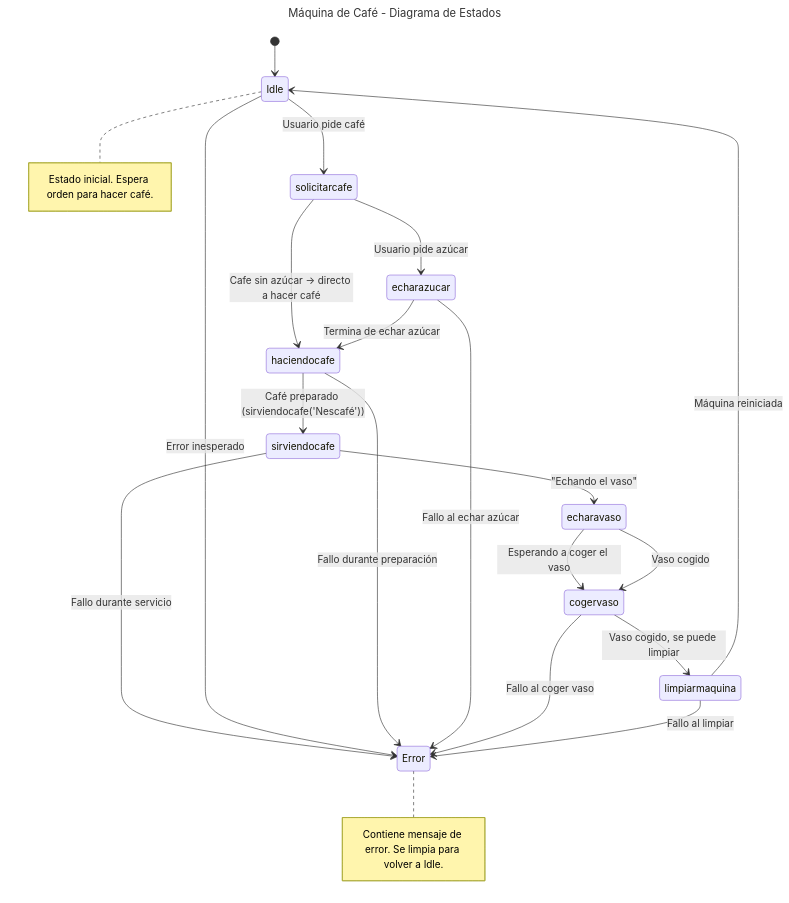
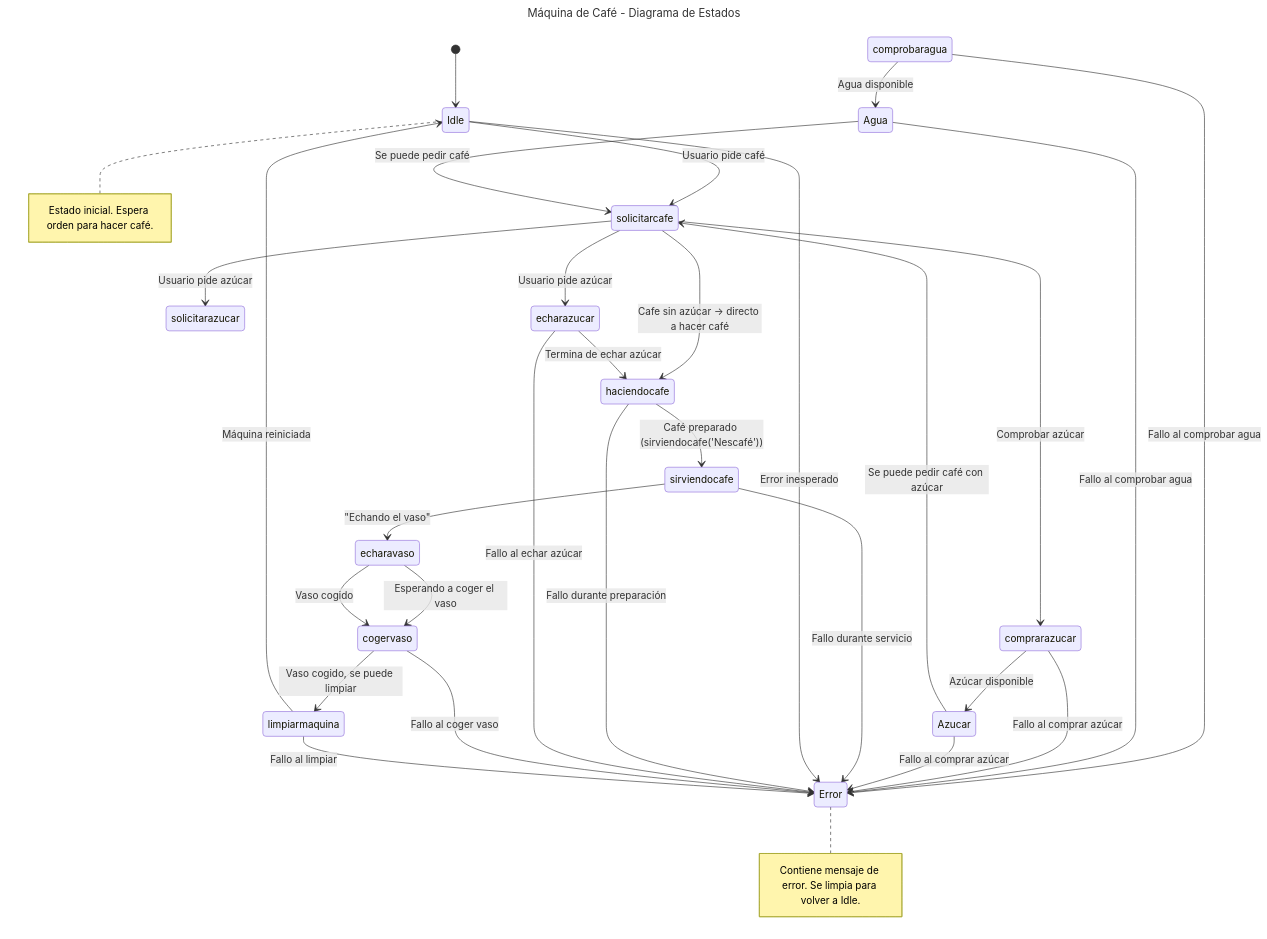
The diagram in 1trabajo/src/diagrama.mmd (shermidagre/PMDM), drawn with Mermaid before and after one commit.

Commit message:
random para probar

```diff
--- a/1trabajo/src/diagrama.mmd
+++ b/1trabajo/src/diagrama.mmd
@@ -1,23 +1,33 @@
 ---
 title: Máquina de Café - Diagrama de Estados
 ---
 stateDiagram-v2
 [*] --> Idle
 Idle --> solicitarcafe: Usuario pide café
+comprobaragua --> Error: Fallo al comprobar agua
+comprobaragua --> Agua: Agua disponible
+Agua --> Error: Fallo al comprobar agua
+Agua --> solicitarcafe: Se puede pedir café
+solicitarcafe --> solicitarazucar: Usuario pide azúcar
+solicitarcafe --> comprarazucar: Comprobar azúcar
+comprarazucar --> Error: Fallo al comprar azúcar
+comprarazucar --> Azucar: Azúcar disponible
+Azucar --> Error: Fallo al comprar azúcar
+Azucar --> solicitarcafe: Se puede pedir café con azúcar
 solicitarcafe --> echarazucar: Usuario pide azúcar
 solicitarcafe --> haciendocafe: Cafe sin azúcar → directo a hacer café
 echarazucar --> haciendocafe: Termina de echar azúcar
 haciendocafe --> sirviendocafe: Café preparado (sirviendocafe('Nescafé'))
 sirviendocafe --> Error: Fallo durante servicio
 Idle --> Error: Error inesperado
 haciendocafe --> Error: Fallo durante preparación
 echarazucar --> Error: Fallo al echar azúcar
 sirviendocafe --> echaravaso: "Echando el vaso"
 echaravaso --> cogervaso: Esperando a coger el vaso
 cogervaso --> Error: Fallo al coger vaso
 echaravaso --> cogervaso: Vaso cogido
 cogervaso --> limpiarmaquina:  Vaso cogido, se puede limpiar
 limpiarmaquina --> Idle: Máquina reiniciada
 limpiarmaquina --> Error: Fallo al limpiar
 note right of Idle: Estado inicial. Espera orden para hacer café.
 note right of Error: Contiene mensaje de error. Se limpia para volver a Idle.
```
